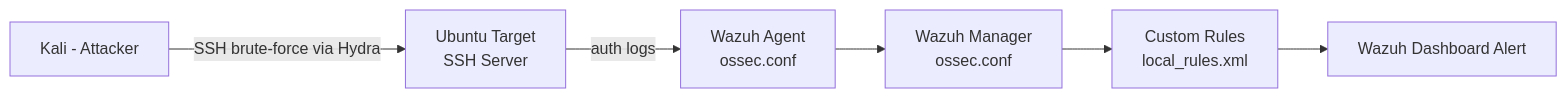
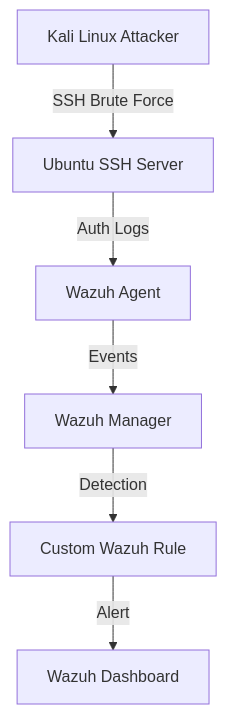
One commit to mehran-sec/Wazuh-Detection-lab- changed the diagram in README.md. Above: the diagram before and after it, drawn with Mermaid.

````diff
--- a/README.md
+++ b/README.md
@@ -13,8 +13,9 @@
 ```mermaid
-flowchart LR
-    A[Kali - Attacker] -->|SSH brute-force via Hydra| B[Ubuntu Target<br/>SSH Server]
-    B -->|auth logs| C[Wazuh Agent<br/>ossec.conf]
-    C --> D[Wazuh Manager<br/>ossec.conf]
-    D --> E[Custom Rules<br/>local_rules.xml]
-    E --> F[Wazuh Dashboard Alert]
+
+graph TD
+    A[Kali Linux Attacker] -->|SSH Brute Force| B[Ubuntu SSH Server]
+    B -->|Auth Logs| C[Wazuh Agent]
+    C -->|Events| D[Wazuh Manager]
+    D -->|Detection| E[Custom Wazuh Rule]
+    E -->|Alert| F[Wazuh Dashboard]
 ```
````
